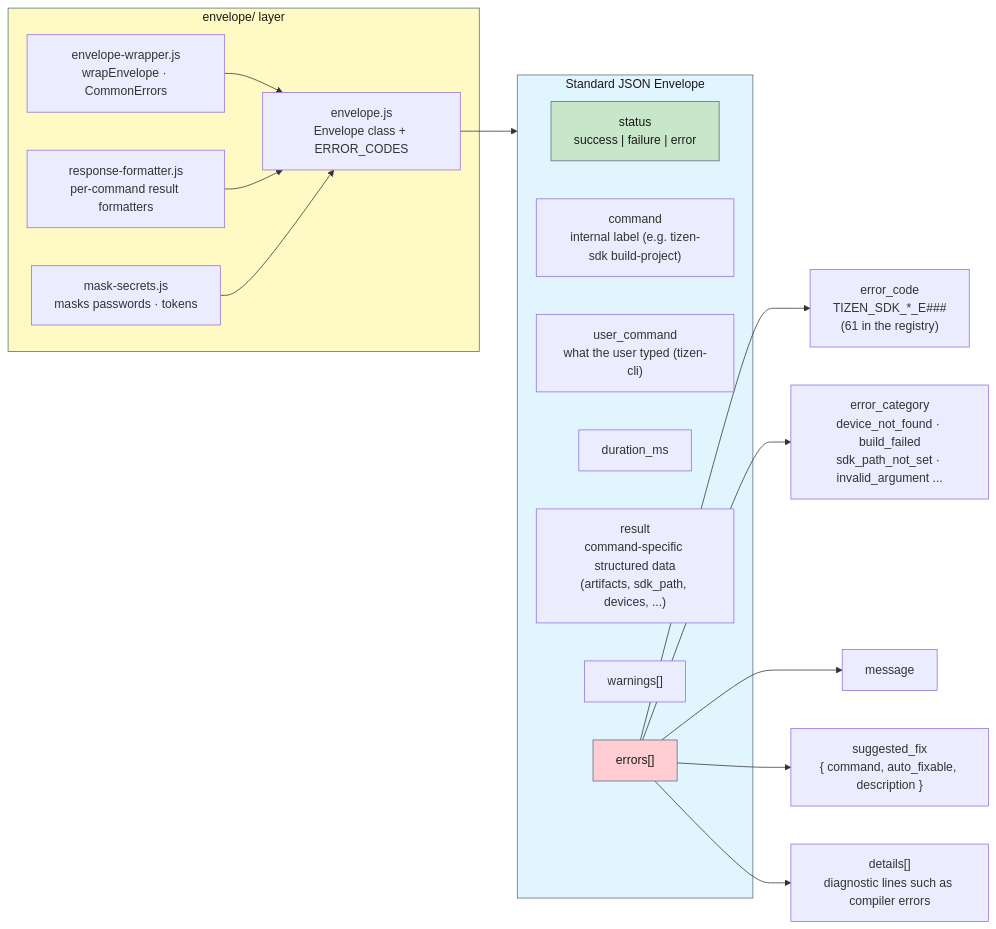
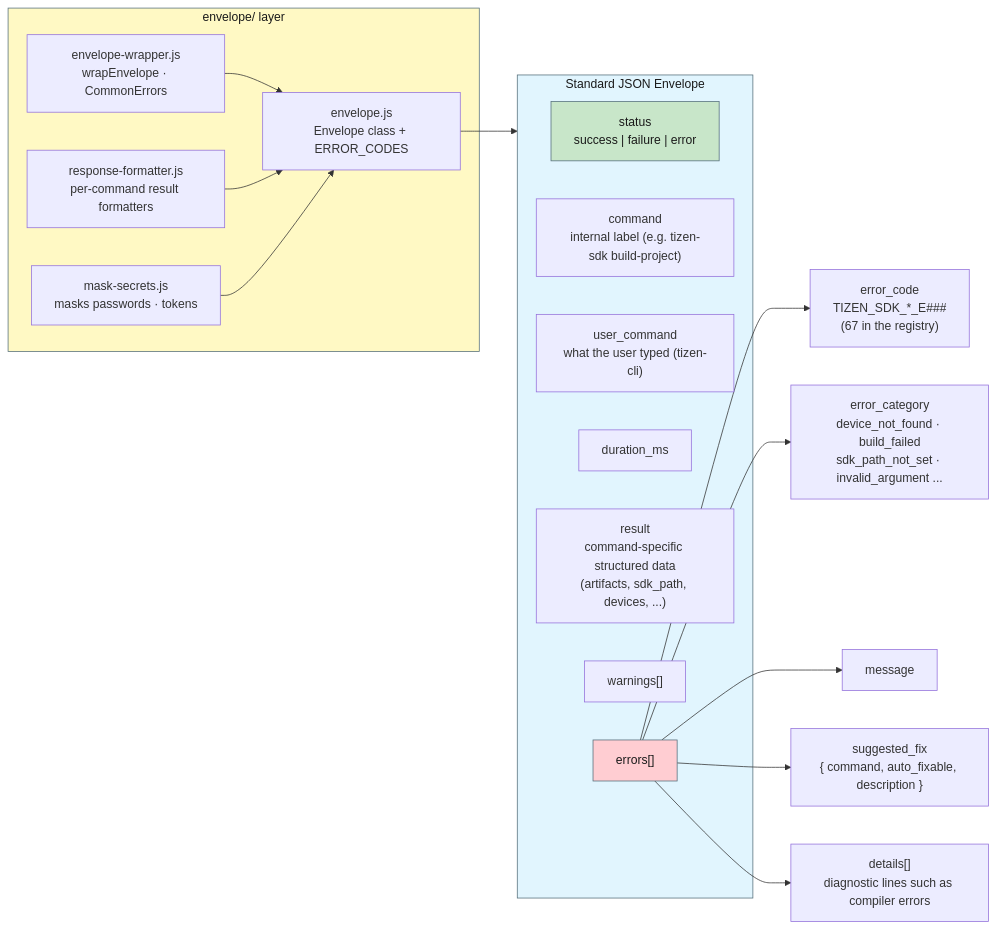
Before and after one commit to Samsung/tizen-agent-skills: the fourth of 10 diagrams in tizen-sdk-skills/docs/ARCHITECTURE_DIAGRAMS.en.md, drawn with Mermaid. The commit also changed other lines of this file and 5 other files, not shown here.

````diff
--- a/tizen-sdk-skills/docs/ARCHITECTURE_DIAGRAMS.en.md
+++ b/tizen-sdk-skills/docs/ARCHITECTURE_DIAGRAMS.en.md
@@ -168,35 +168,35 @@
 ```mermaid
 graph LR
     subgraph ENV["Standard JSON Envelope"]
         ST["status<br/>success | failure | error"]
         CMD["command<br/>internal label (e.g. tizen-sdk build-project)"]
         UC["user_command<br/>what the user typed (tizen-cli)"]
         DUR["duration_ms"]
         RES["result<br/>command-specific structured data<br/>(artifacts, sdk_path, devices, ...)"]
         WARN["warnings[]"]
         ERRS["errors[]"]
     end
 
-    ERRS --> E1["error_code<br/>TIZEN_SDK_*_E###<br/>(61 in the registry)"]
+    ERRS --> E1["error_code<br/>TIZEN_SDK_*_E###<br/>(67 in the registry)"]
     ERRS --> E2["error_category<br/>device_not_found · build_failed<br/>sdk_path_not_set · invalid_argument ..."]
     ERRS --> E3["message"]
     ERRS --> E4["suggested_fix<br/>{ command, auto_fixable, description }"]
     ERRS --> E5["details[]<br/>diagnostic lines such as compiler errors"]
 
     subgraph LAYER["envelope/ layer"]
         L1["envelope.js<br/>Envelope class + ERROR_CODES"]
         L2["envelope-wrapper.js<br/>wrapEnvelope · CommonErrors"]
         L3["response-formatter.js<br/>per-command result formatters"]
         L4["mask-secrets.js<br/>masks passwords · tokens"]
     end
 
     L1 --> ENV
     L2 --> L1
     L3 --> L1
     L4 --> L1
 
     style ENV fill:#e1f5fe,stroke:#546e7a,color:#1a1a1a
     style ST fill:#c8e6c9,stroke:#546e7a,color:#1a1a1a
     style ERRS fill:#ffcdd2,stroke:#546e7a,color:#1a1a1a
     style LAYER fill:#fff9c4,stroke:#546e7a,color:#1a1a1a
 ```
````
